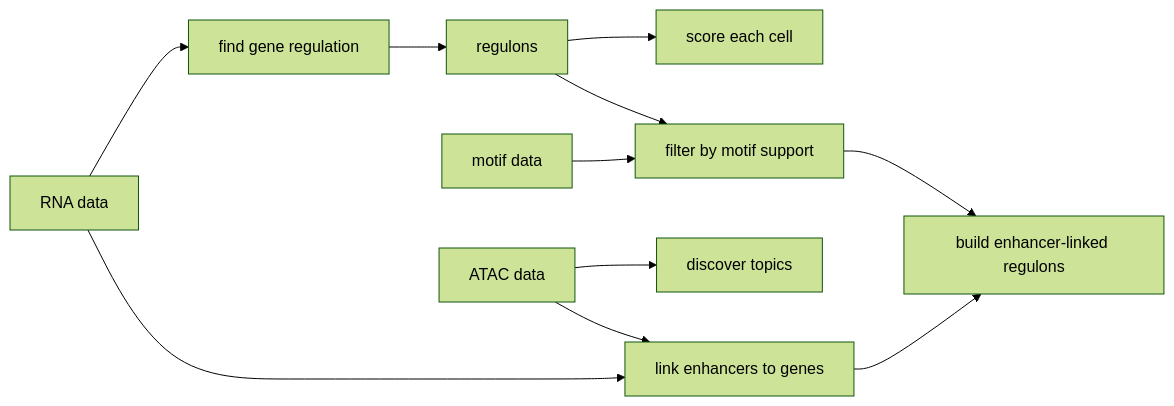
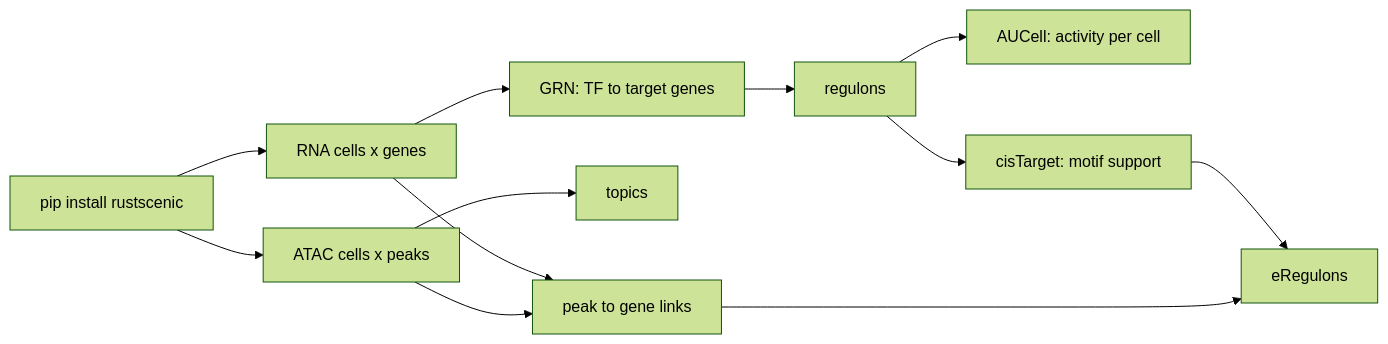
One commit to Ekin-Kahraman/rustscenic changed the diagram in README.md. Above: the diagram before and after it, drawn with Mermaid (forest theme). The commit also changed other lines of this file, not shown here.

````diff
--- a/README.md
+++ b/README.md
@@ -28,16 +66,14 @@
 ```mermaid
 flowchart LR
-    rna["RNA data"] --> network["find gene regulation"]
-    network --> regulons["regulons"]
-    regulons --> activity["score each cell"]
-
-    motifs["motif data"] --> supported["filter by motif support"]
-    regulons --> supported
-
-    atac["ATAC data"] --> topics["discover topics"]
-    rna --> enhancers["link enhancers to genes"]
-    atac --> enhancers
-
-    supported --> programs["build enhancer-linked regulons"]
-    enhancers --> programs
+    install["pip install rustscenic"] --> rna["RNA cells x genes"]
+    install --> atac["ATAC cells x peaks"]
+    rna --> grn["GRN: TF to target genes"]
+    grn --> regulons["regulons"]
+    regulons --> aucell["AUCell: activity per cell"]
+    regulons --> ct["cisTarget: motif support"]
+    atac --> topics["topics"]
+    rna --> p2g["peak to gene links"]
+    atac --> p2g
+    ct --> ereg["eRegulons"]
+    p2g --> ereg
 ```
````
